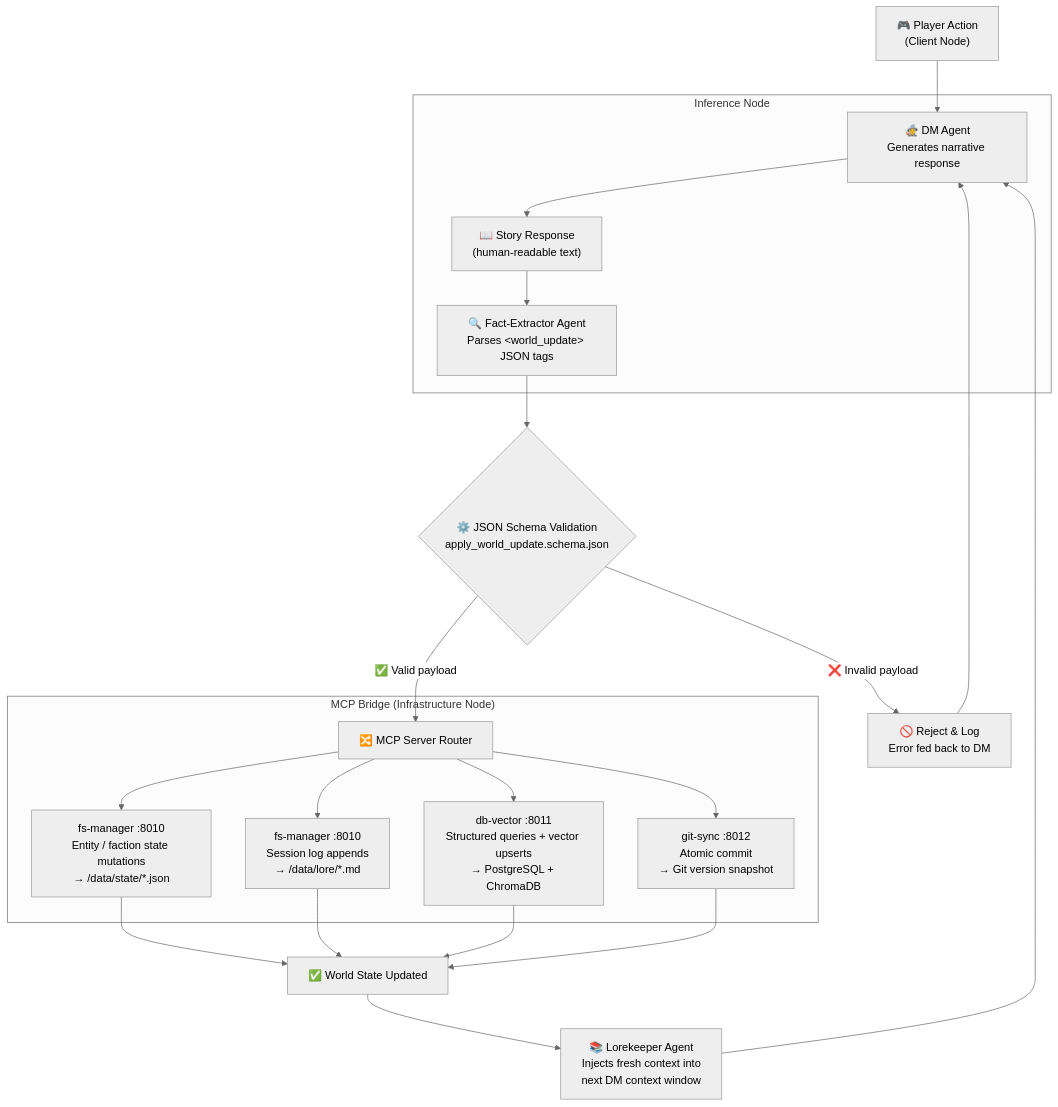
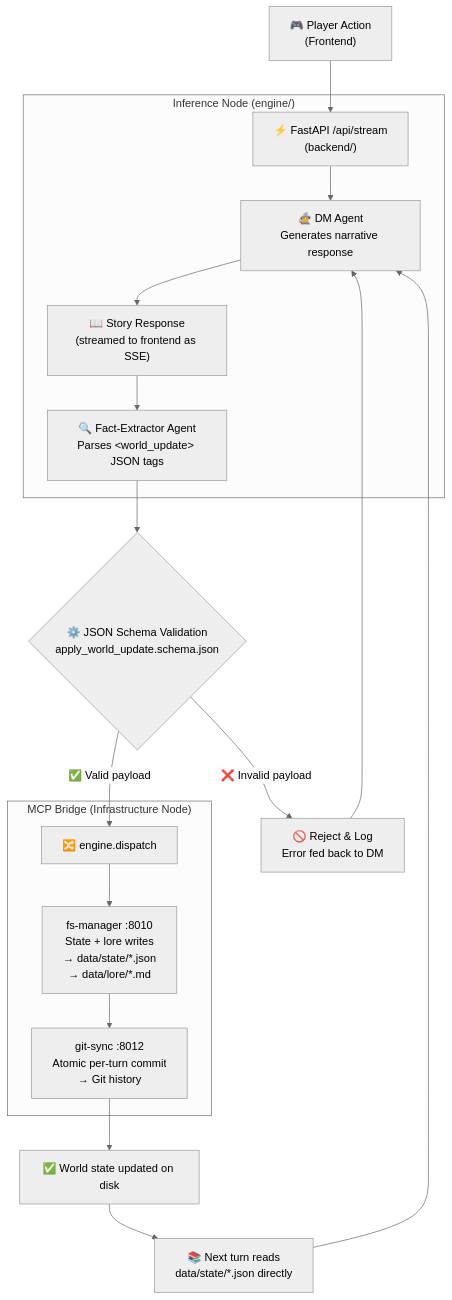
The diagram in README.md (russalo/project-sentinel), drawn with Mermaid (neutral theme) before and after one commit. The commit also changed other lines of this file and 9 other files, not shown here.

````diff
--- a/README.md
+++ b/README.md
@@ -81,27 +81,25 @@
 ```mermaid
 flowchart TD
-    A["🎮 Player Action\n(Client Node)"] --> B
+    A["🎮 Player Action\n(Frontend)"] --> BACKEND["⚡ FastAPI /api/stream\n(backend/)"]
 
-    subgraph INFERENCE["Inference Node"]
-        B["🧙 DM Agent\nGenerates narrative response"]
-        B --> C["📖 Story Response\n(human-readable text)"]
+    subgraph INFERENCE["Inference Node (engine/)"]
+        BACKEND --> B["🧙 DM Agent\nGenerates narrative response"]
+        B --> C["📖 Story Response\n(streamed to frontend as SSE)"]
         C --> D["🔍 Fact-Extractor Agent\nParses &lt;world_update&gt; JSON tags"]
     end
 
     D --> E{"⚙️ JSON Schema Validation\napply_world_update.schema.json"}
     E -->|"❌ Invalid payload"| ERR["🚫 Reject & Log\nError fed back to DM"]
     ERR --> B
 
-    E -->|"✅ Valid payload"| G["🔀 MCP Server Router"]
+    E -->|"✅ Valid payload"| DISPATCH["🔀 engine.dispatch"]
 
     subgraph MCP["MCP Bridge (Infrastructure Node)"]
-        G --> H["fs-manager :8010\nEntity / faction state mutations\n→ /data/state/*.json"]
-        G --> I["fs-manager :8010\nSession log appends\n→ /data/lore/*.md"]
-        G --> J["db-vector :8011\nStructured queries + vector upserts\n→ PostgreSQL + ChromaDB"]
-        G --> K["git-sync :8012\nAtomic commit\n→ Git version snapshot"]
+        DISPATCH --> H["fs-manager :8010\nState + lore writes\n→ data/state/*.json\n→ data/lore/*.md"]
+        H --> K["git-sync :8012\nAtomic per-turn commit\n→ Git history"]
     end
 
-    H & I & J & K --> L["✅ World State Updated"]
-    L --> M["📚 Lorekeeper Agent\nInjects fresh context into\nnext DM context window"]
+    K --> L["✅ World state updated on disk"]
+    L --> M["📚 Next turn reads\ndata/state/*.json directly"]
     M --> B
 ```
````
